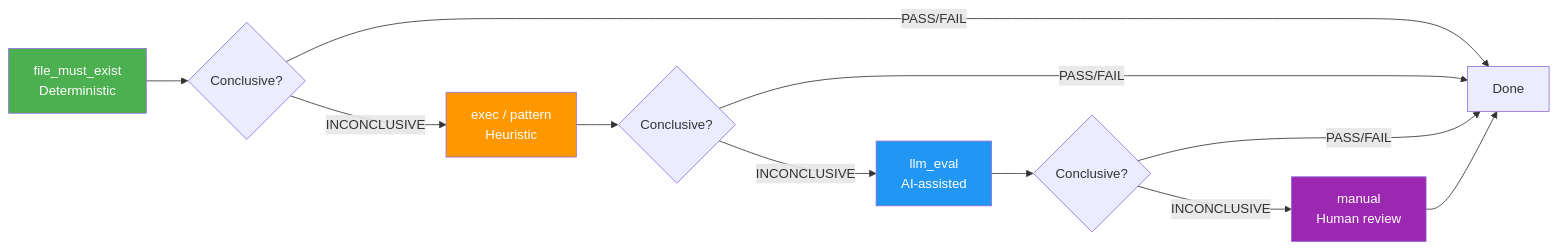
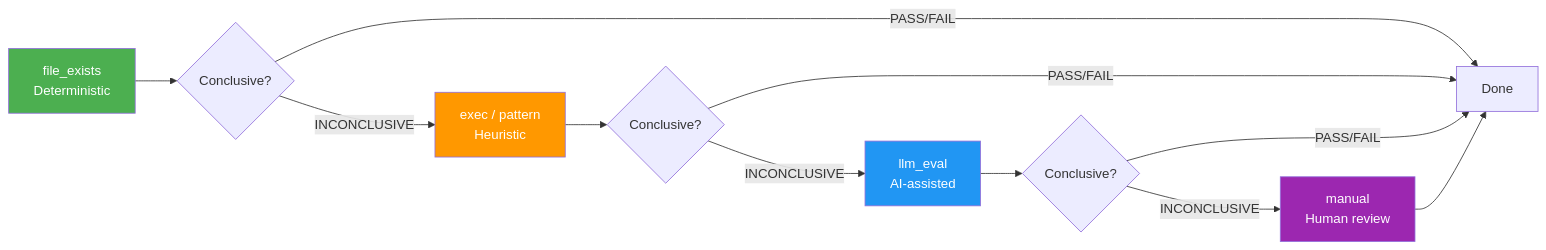
One commit to DYNOSuprovo/darnit changed the third of 3 diagrams in docs/getting-started/framework-development.md. Above: the diagram before and after it, drawn with Mermaid. The commit also changed other lines of this file and 91 other files, not shown here.

````diff
--- a/docs/getting-started/framework-development.md
+++ b/docs/getting-started/framework-development.md
@@ -113,18 +113,18 @@
 ```mermaid
 flowchart LR
-    A[file_must_exist<br/>Deterministic] --> B{Conclusive?}
+    A[file_exists<br/>Deterministic] --> B{Conclusive?}
     B -->|PASS/FAIL| Z[Done]
     B -->|INCONCLUSIVE| C[exec / pattern<br/>Heuristic]
     C --> D{Conclusive?}
     D -->|PASS/FAIL| Z
     D -->|INCONCLUSIVE| E[llm_eval<br/>AI-assisted]
     E --> F{Conclusive?}
     F -->|PASS/FAIL| Z
     F -->|INCONCLUSIVE| G[manual<br/>Human review]
     G --> Z
 
     style A fill:#4caf50,color:#fff
     style C fill:#ff9800,color:#fff
     style E fill:#2196f3,color:#fff
     style G fill:#9c27b0,color:#fff
 ```
````
